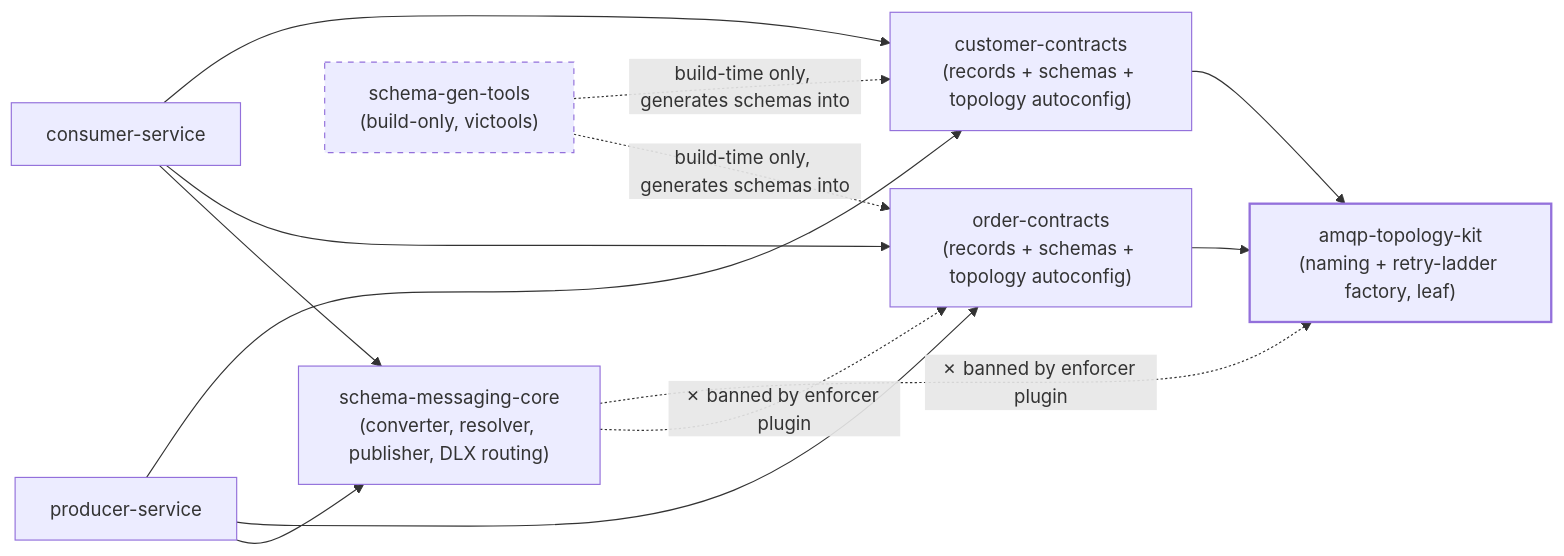
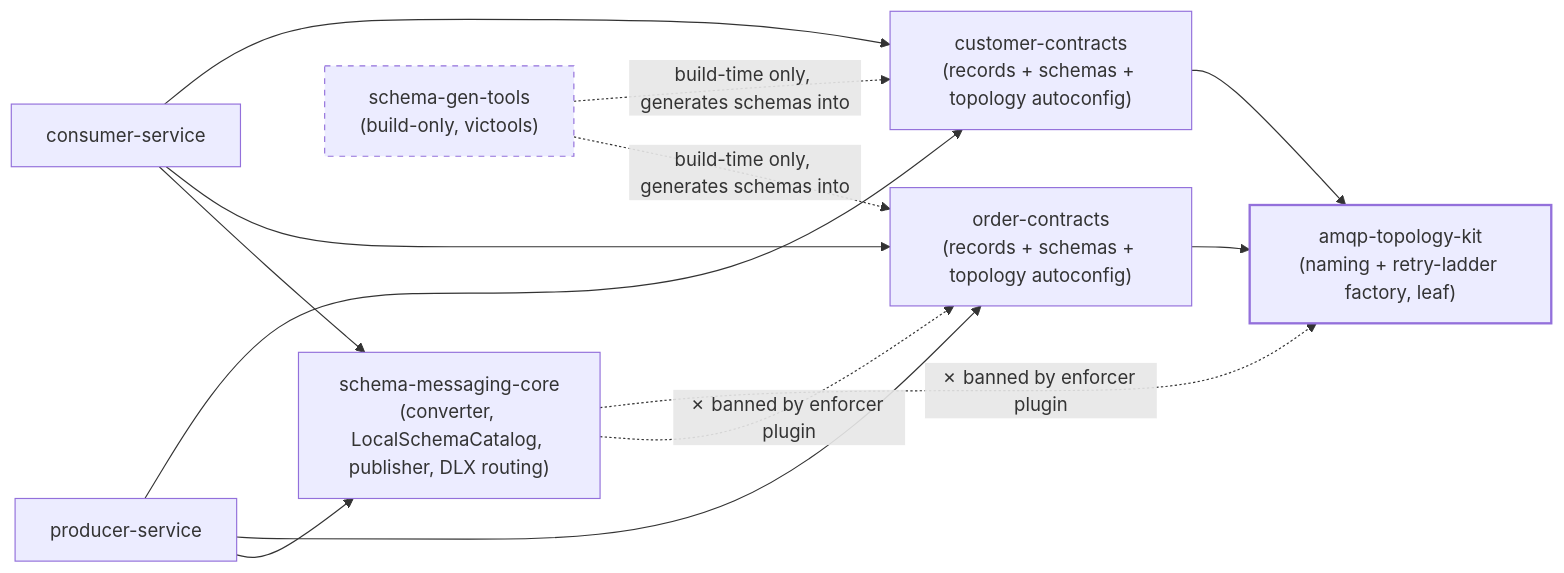
One commit to anarefin/schema-registry-demo changed the first of 4 diagrams in docs/TUTORIAL.md. Above: the diagram before and after it, drawn with Mermaid. The commit also changed other lines of this file and 68 other files, not shown here.

````diff
--- a/docs/TUTORIAL.md
+++ b/docs/TUTORIAL.md
@@ -56,27 +57,27 @@
 ```mermaid
 graph LR
-    core["schema-messaging-core<br/>(converter, resolver, publisher, DLX routing)"]
+    core["schema-messaging-core<br/>(converter, LocalSchemaCatalog, publisher, DLX routing)"]
     kit["amqp-topology-kit<br/>(naming + retry-ladder factory, leaf)"]
     oc["order-contracts<br/>(records + schemas + topology autoconfig)"]
     cc["customer-contracts<br/>(records + schemas + topology autoconfig)"]
     gen["schema-gen-tools<br/>(build-only, victools)"]
     prod["producer-service"]
     cons["consumer-service"]
 
     oc --> kit
     cc --> kit
     prod --> core
     prod --> oc
     prod --> cc
     cons --> core
     cons --> oc
     cons --> cc
     gen -.->|build-time only, generates schemas into| oc
     gen -.->|build-time only, generates schemas into| cc
 
     core -.->|"✗ banned by enforcer plugin"| oc
     core -.->|"✗ banned by enforcer plugin"| kit
 
     style gen stroke-dasharray: 5 5
     style kit stroke-width:2px
 ```
````
